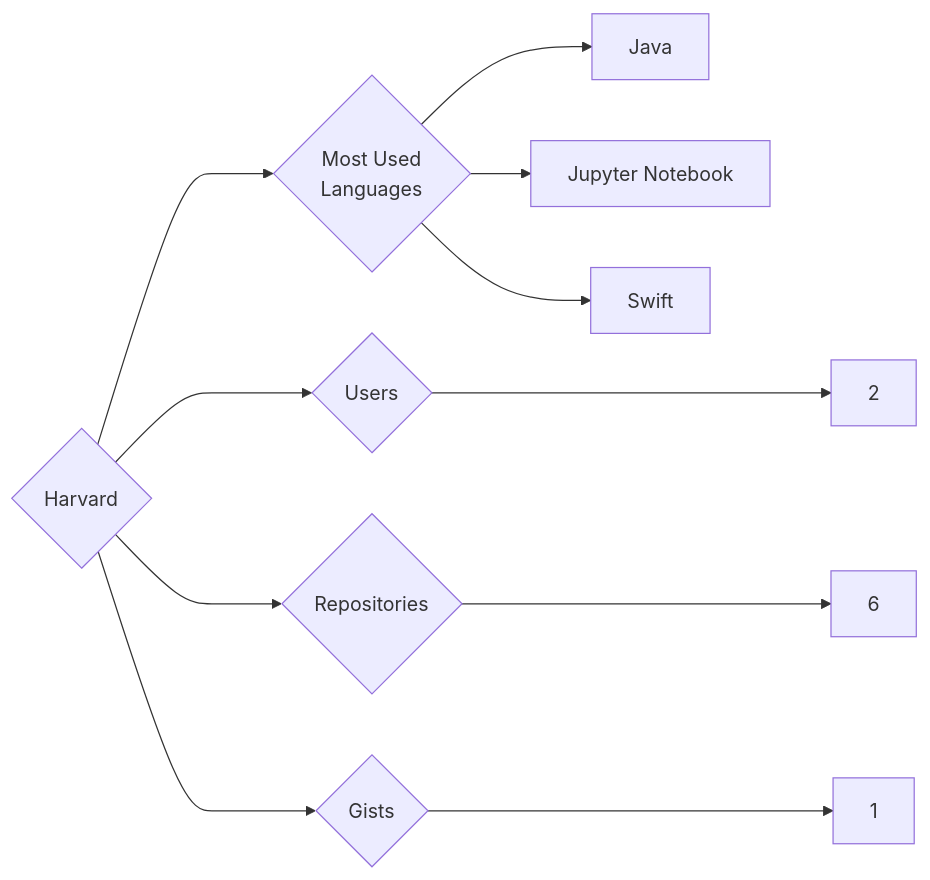
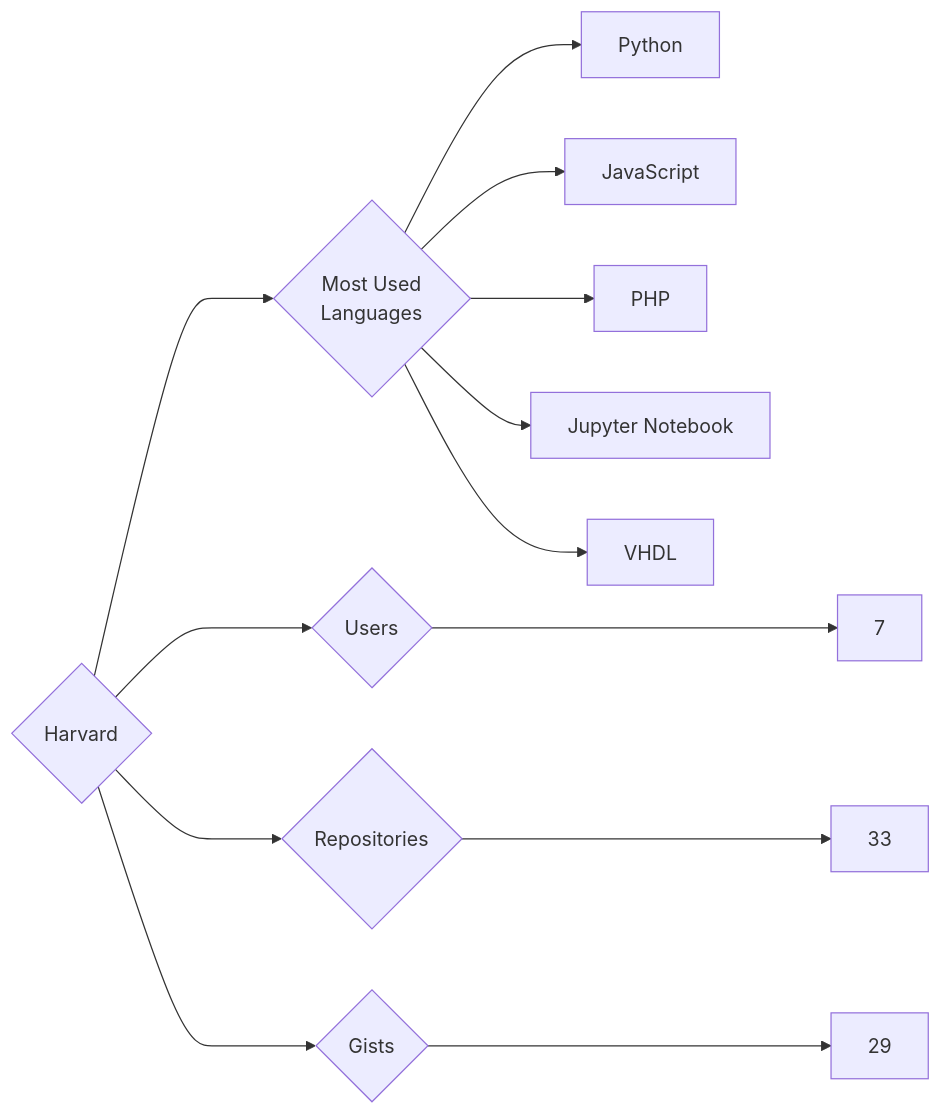
The diagram in targets/Harvard/README.md (trickest/insiders), drawn with Mermaid before and after one commit. The commit also changed 1003 other files, not shown here.

````diff
--- a/targets/Harvard/README.md
+++ b/targets/Harvard/README.md
@@ -3,11 +3,13 @@
 ```mermaid
 graph LR
 COMPANY_NAME{Harvard}
-COMPANY_NAME ---> U{Users} ---> UN[2]
-COMPANY_NAME ---> R{Repositories} ---> RN[6]
-COMPANY_NAME ---> G{Gists} ---> GN[1]
+COMPANY_NAME ---> U{Users} ---> UN[7]
+COMPANY_NAME ---> R{Repositories} ---> RN[33]
+COMPANY_NAME ---> G{Gists} ---> GN[29]
 COMPANY_NAME ---> ML{Most Used<br>Languages}
-ML --> Java[Java]
+ML --> Python[Python]
+ML --> JavaScript[JavaScript]
+ML --> PHP[PHP]
 ML --> Jupyter_Notebook[Jupyter Notebook]
-ML --> Swift[Swift]
+ML --> VHDL[VHDL]
 ```
````
